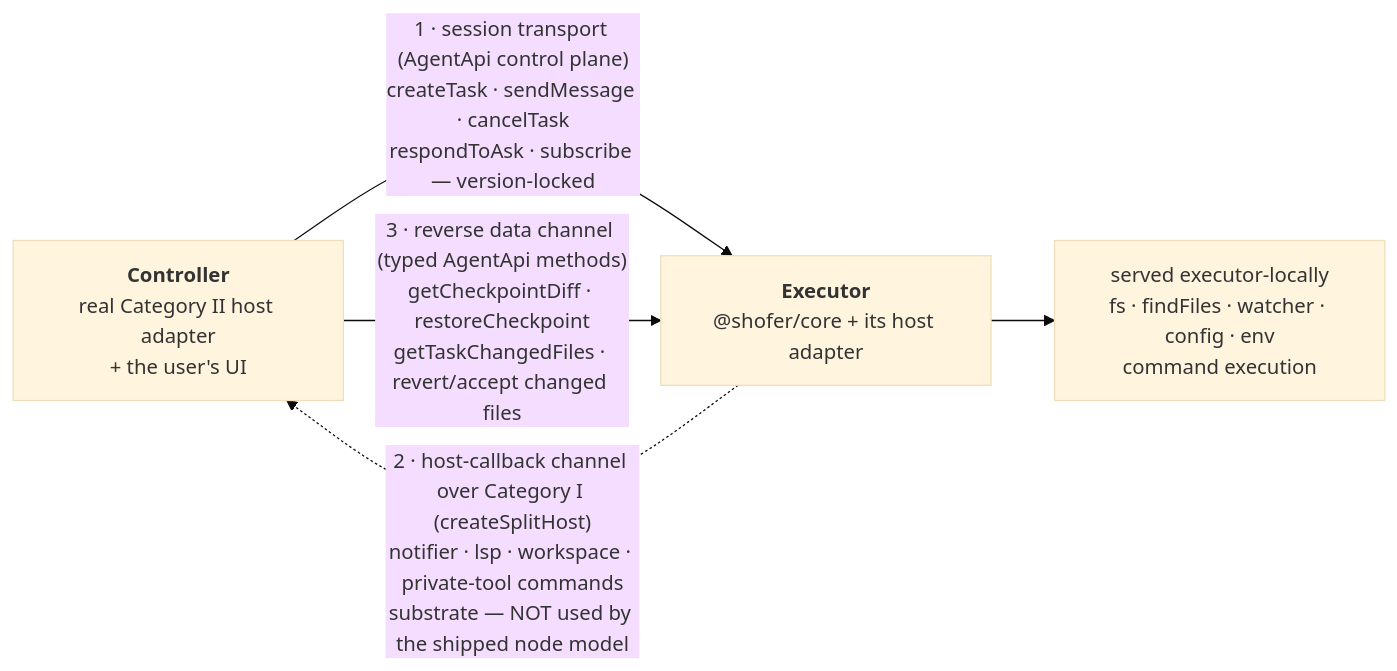
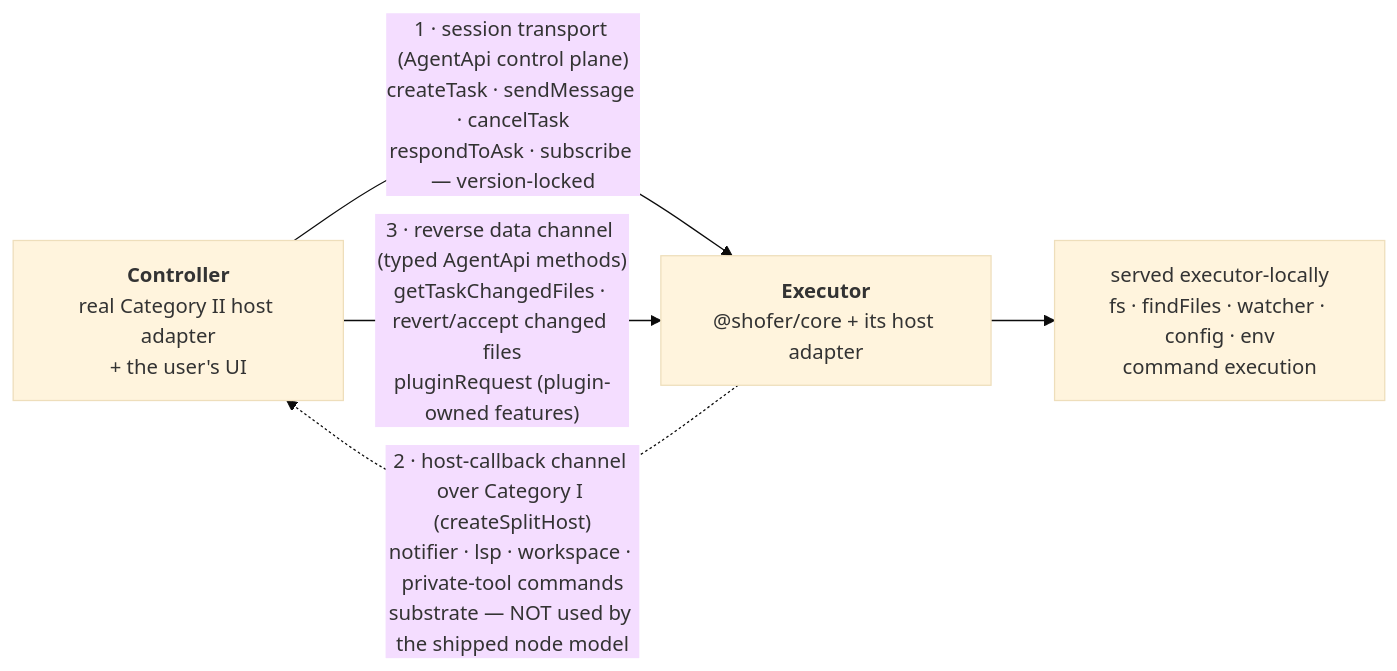
The third of 3 diagrams in docs/v3_architecture.md (shofer-dev/shofer), drawn with Mermaid (base theme) before and after one commit. The commit also changed other lines of this file and 166 other files, not shown here.

````diff
--- a/docs/v3_architecture.md
+++ b/docs/v3_architecture.md
@@ -341,11 +340,11 @@
 ```mermaid
 flowchart LR
     CTRL["<b>Controller</b><br/>real Category II host adapter<br/>+ the user's UI"]
     EXEC["<b>Executor</b><br/>@shofer/core + its host adapter"]
     LOC["served executor-locally<br/>fs · findFiles · watcher · config · env<br/>command execution"]
 
     CTRL -->|"1 · session transport (AgentApi control plane)<br/>createTask · sendMessage · cancelTask<br/>respondToAsk · subscribe — version-locked"| EXEC
-    CTRL -->|"3 · reverse data channel (typed AgentApi methods)<br/>getCheckpointDiff · restoreCheckpoint<br/>getTaskChangedFiles · revert/accept changed files"| EXEC
+    CTRL -->|"3 · reverse data channel (typed AgentApi methods)<br/>getTaskChangedFiles · revert/accept changed files<br/>pluginRequest (plugin-owned features)"| EXEC
     EXEC -.->|"2 · host-callback channel over Category I (createSplitHost)<br/>notifier · lsp · workspace · private-tool commands<br/>substrate — NOT used by the shipped node model"| CTRL
     EXEC --> LOC
 ```
````
